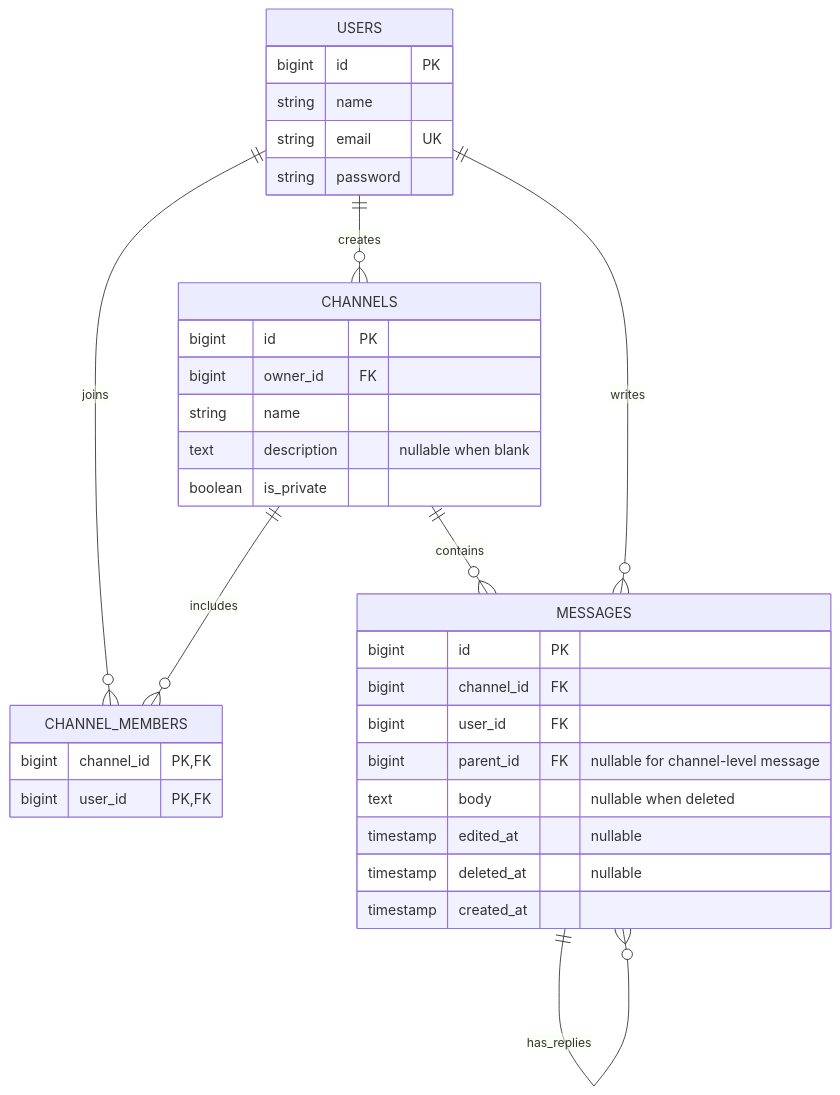
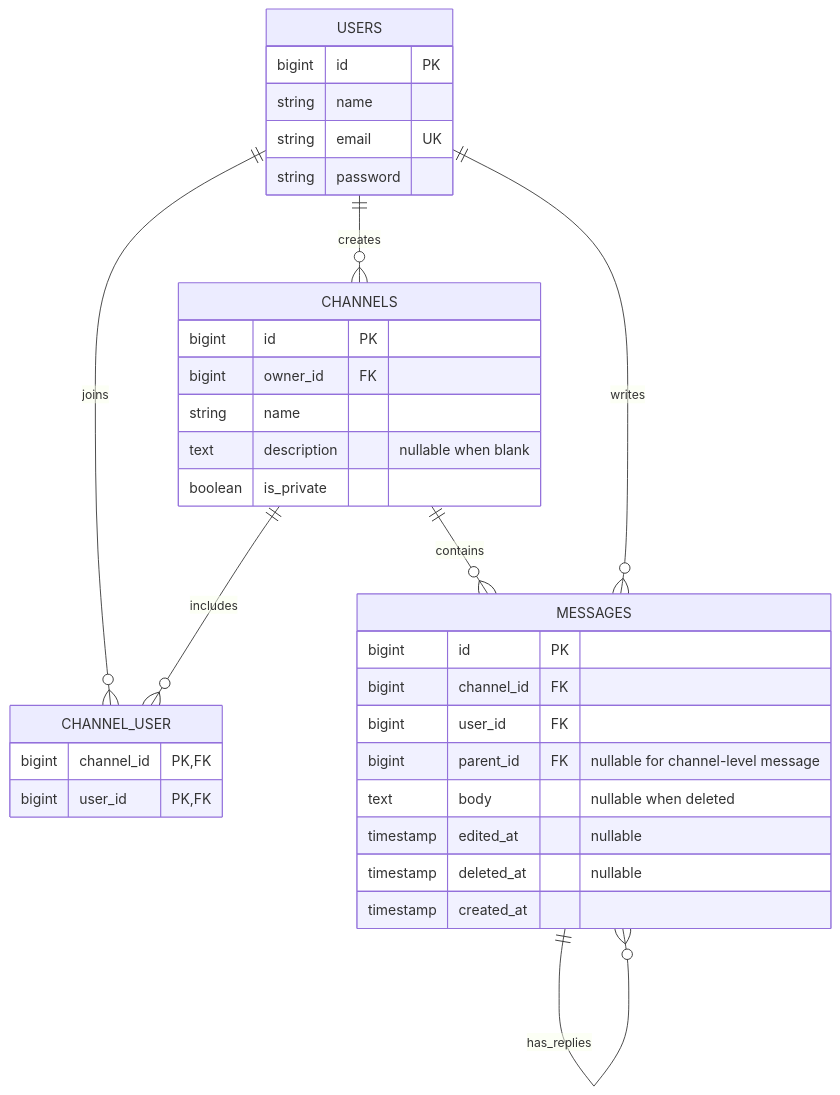
One commit to 339-kojima/teamchat-app changed the diagram in docs/design/data.md. Above: the diagram before and after it, drawn with Mermaid. The commit also changed other lines of this file and 15 other files, not shown here.

````diff
--- a/docs/design/data.md
+++ b/docs/design/data.md
@@ -5,37 +5,37 @@
 ```mermaid
 erDiagram
   USERS ||--o{ CHANNELS : creates
-  USERS ||--o{ CHANNEL_MEMBERS : joins
-  CHANNELS ||--o{ CHANNEL_MEMBERS : includes
+  USERS ||--o{ CHANNEL_USER : joins
+  CHANNELS ||--o{ CHANNEL_USER : includes
   CHANNELS ||--o{ MESSAGES : contains
   USERS ||--o{ MESSAGES : writes
   MESSAGES ||--o{ MESSAGES : has_replies
 
   USERS {
     bigint id PK
     string name
     string email UK
     string password
   }
   CHANNELS {
     bigint id PK
     bigint owner_id FK
     string name
     text description "nullable when blank"
     boolean is_private
   }
-  CHANNEL_MEMBERS {
+  CHANNEL_USER {
     bigint channel_id PK,FK
     bigint user_id PK,FK
   }
   MESSAGES {
     bigint id PK
     bigint channel_id FK
     bigint user_id FK
     bigint parent_id FK "nullable for channel-level message"
     text body "nullable when deleted"
     timestamp edited_at "nullable"
     timestamp deleted_at "nullable"
     timestamp created_at
   }
 ```
````
